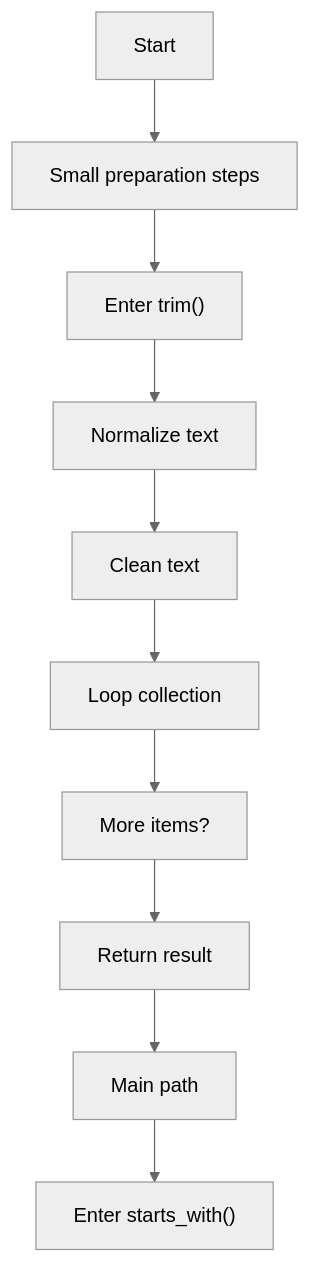
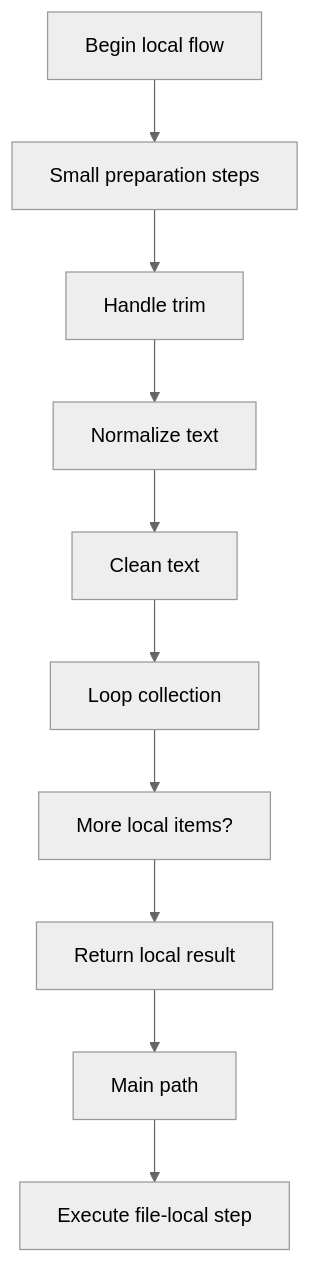
One commit to JohnAndrewBalbarosa/NeoTerritory changed the first of 9 diagrams in docs/Codebase/Microservice/Modules/Source/Analysis/ImplementationUse/Resolution/Symbols/Resolve/Flow/symbols_utils_program_flow.cpp.md. Above: the diagram before and after it, drawn with Mermaid (neutral theme). The commit also changed other lines of this file and 925 other files, not shown here.

````diff
--- a/docs/Codebase/Microservice/Modules/Source/Analysis/ImplementationUse/Resolution/Symbols/Resolve/Flow/symbols_utils_program_flow.cpp.md
+++ b/docs/Codebase/Microservice/Modules/Source/Analysis/ImplementationUse/Resolution/Symbols/Resolve/Flow/symbols_utils_program_flow.cpp.md
@@ -15,22 +15,22 @@
 ```mermaid
 flowchart TD
-    N0["Start"]
+    N0["Begin local flow"]
     N1["Small preparation steps"]
-    N2["Enter trim()"]
+    N2["Handle trim"]
     N3["Normalize text"]
     N4["Clean text"]
     N5["Loop collection"]
-    N6["More items?"]
-    N7["Return result"]
+    N6["More local items?"]
+    N7["Return local result"]
     N8["Main path"]
-    N9["Enter starts_with()"]
+    N9["Execute file-local step"]
     N0 --> N1
     N1 --> N2
     N2 --> N3
     N3 --> N4
     N4 --> N5
     N5 --> N6
     N6 --> N7
     N7 --> N8
     N8 --> N9
 ```
````
